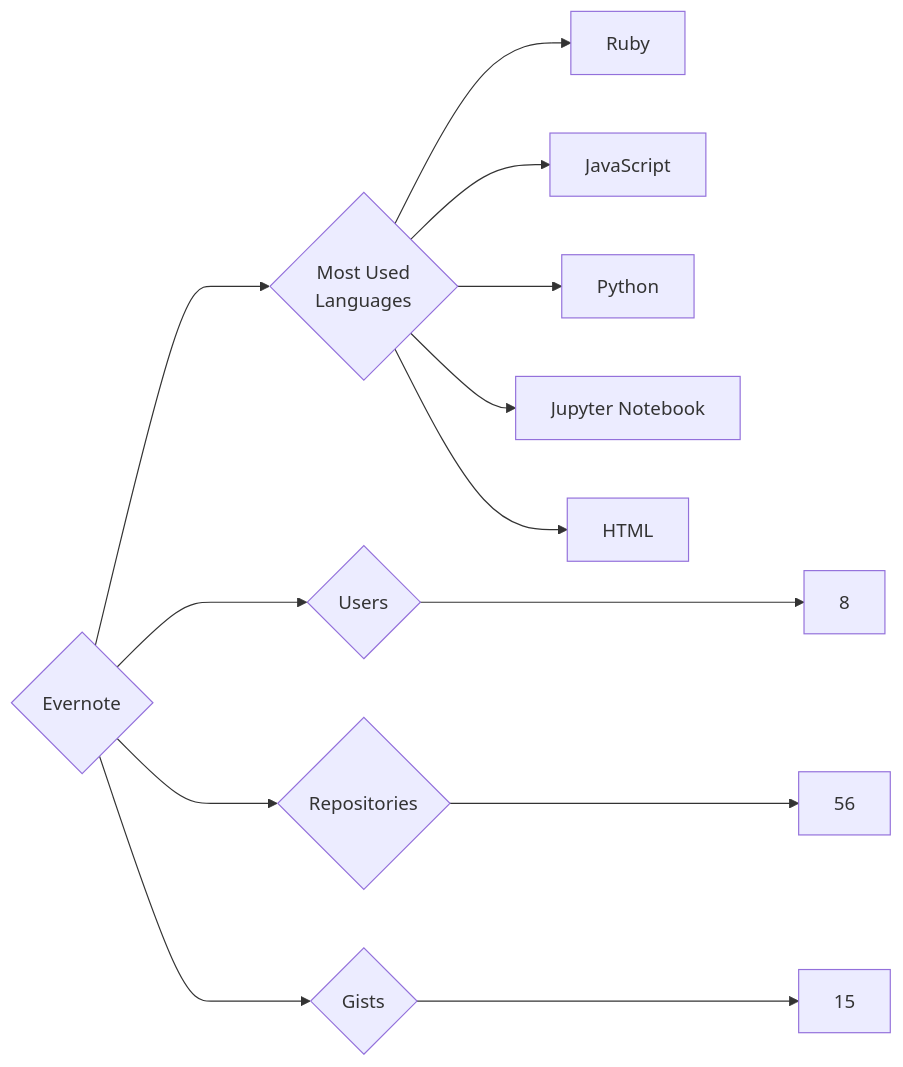
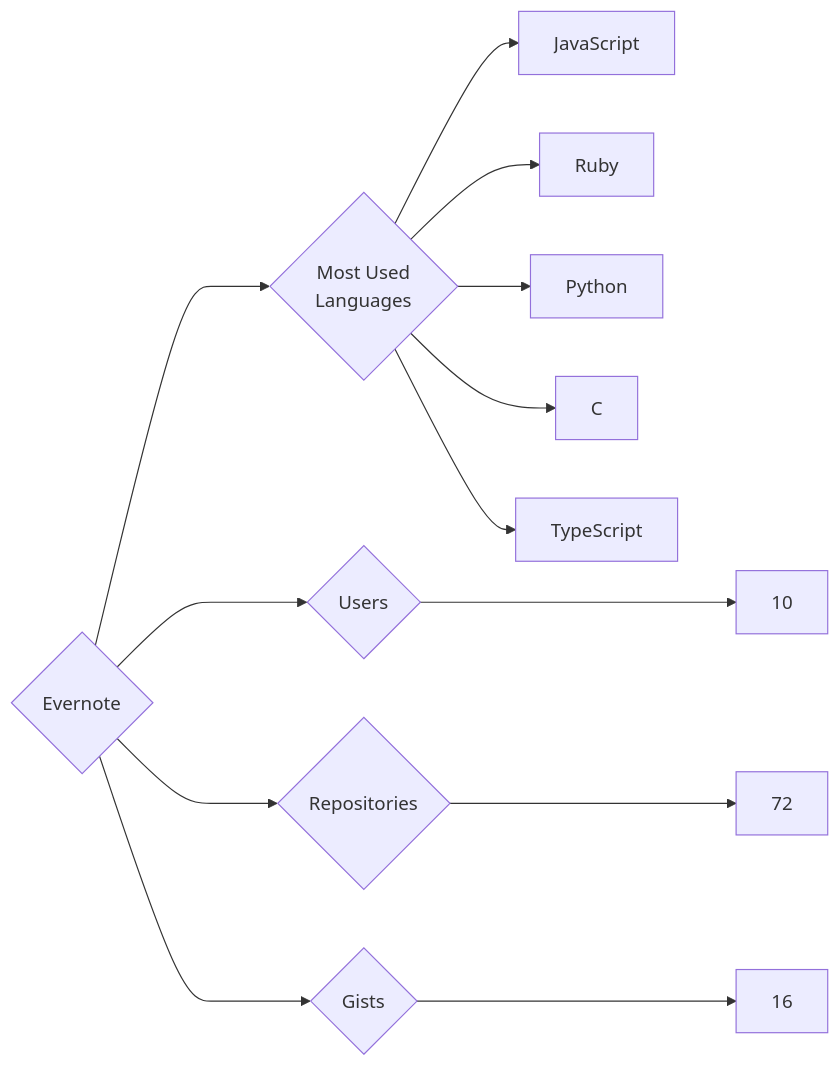
One commit to trickest/insiders changed the diagram in targets/Evernote/README.md. Above: the diagram before and after it, drawn with Mermaid. The commit also changed 1007 other files, not shown here.

````diff
--- a/targets/Evernote/README.md
+++ b/targets/Evernote/README.md
@@ -3,13 +3,13 @@
 ```mermaid
 graph LR
 COMPANY_NAME{Evernote}
-COMPANY_NAME ---> U{Users} ---> UN[8]
-COMPANY_NAME ---> R{Repositories} ---> RN[56]
-COMPANY_NAME ---> G{Gists} ---> GN[15]
+COMPANY_NAME ---> U{Users} ---> UN[10]
+COMPANY_NAME ---> R{Repositories} ---> RN[72]
+COMPANY_NAME ---> G{Gists} ---> GN[16]
 COMPANY_NAME ---> ML{Most Used<br>Languages}
+ML --> JavaScript[JavaScript]
 ML --> Ruby[Ruby]
-ML --> JavaScript[JavaScript]
 ML --> Python[Python]
-ML --> Jupyter_Notebook[Jupyter Notebook]
-ML --> HTML[HTML]
+ML --> C[C]
+ML --> TypeScript[TypeScript]
 ```
````
